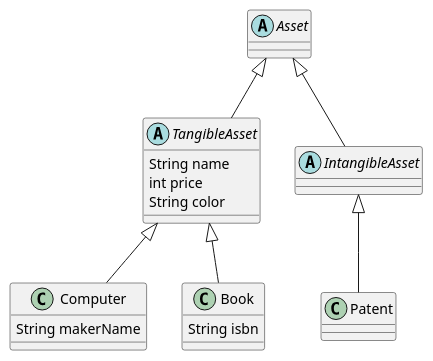
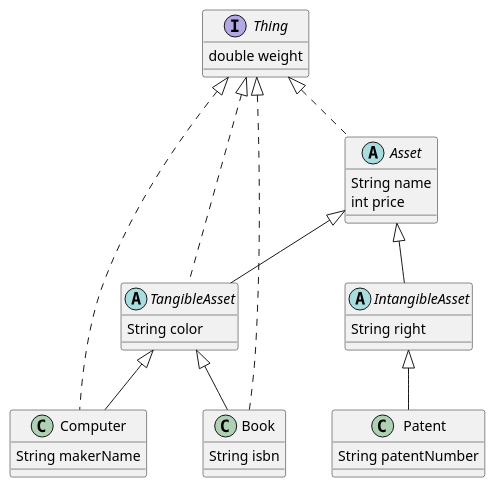
One commit to SurvivalCodingCampus/gangnam3-java-oop changed the diagram in docs/Asset.puml. Above: the diagram before and after it, drawn with PlantUML.

Commit message:
feat: 연습문제 3

```diff
--- a/docs/Asset.puml
+++ b/docs/Asset.puml
@@ -1,29 +1,33 @@
 @startuml
 'https://plantuml.com/class-diagram
 
-Abstract class Asset
-
-Abstract class TangibleAsset extends Asset {
+Abstract class Asset implements Thing {
     String name
     int price
+}
+
+Abstract class TangibleAsset extends Asset implements Thing {
     String color
 }
 
-Abstract class IntangibleAsset extends Asset {}
+Abstract class IntangibleAsset extends Asset {
+    String right
+}
 
-class Computer extends TangibleAsset {
+class Computer extends TangibleAsset implements Thing{
     String makerName
 }
 
-class Book extends TangibleAsset {
+class Book extends TangibleAsset implements Thing {
     String isbn
 }
 
-Abstract class IntangibleAsset
+class Patent extends IntangibleAsset {
+    String patentNumber
+}
 
-class Patent extends IntangibleAsset
-
-Abstract class IntangibleAsset
-
+interface Thing {
+    double weight
+}
 
 @enduml
```
